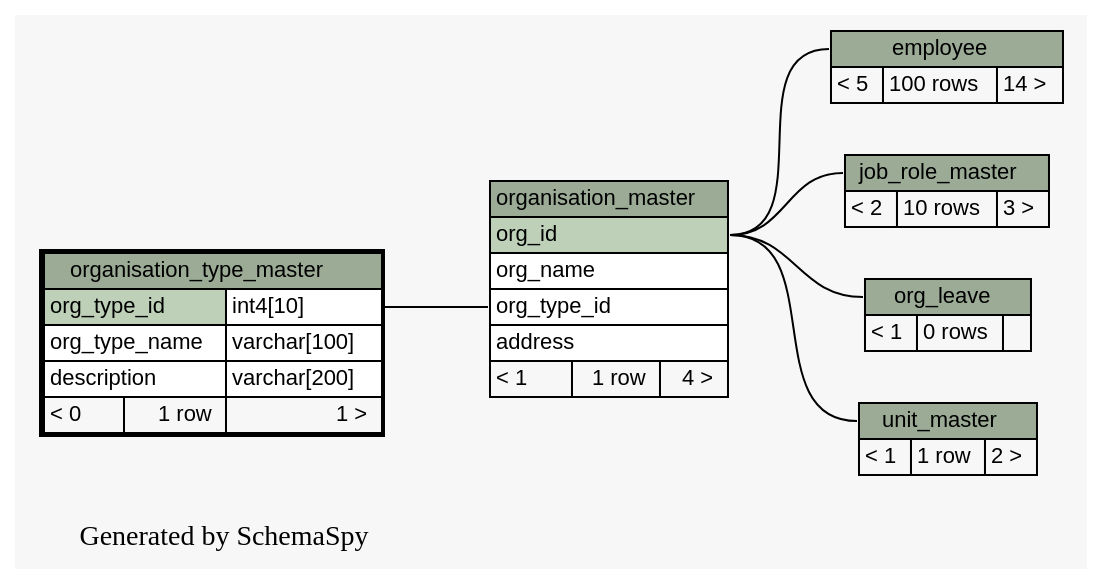
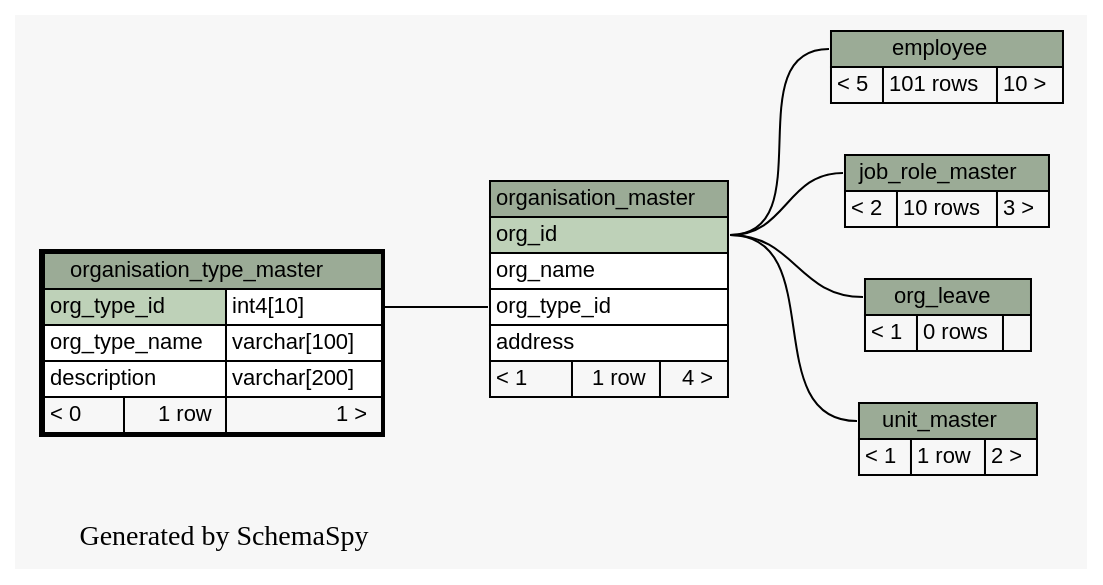
One commit to engineerscraft/hrms changed the diagram in docs/database/schemaspy/graphs/organisation_type_master.2degrees.dot. Above: the diagram before and after it, drawn with Graphviz. The commit also changed 190 other files, not shown here.

```diff
--- a/docs/database/schemaspy/graphs/organisation_type_master.2degrees.dot
+++ b/docs/database/schemaspy/graphs/organisation_type_master.2degrees.dot
@@ -1,83 +1,83 @@
-// dot 2.38.0 on Windows 8.1 6.3
+// dot 2.38.0 on Windows 7 6.1
 digraph "twoDegreesRelationshipsGraph" {
   graph [
     rankdir="RL"
     bgcolor="#f7f7f7"
     label="\nGenerated by SchemaSpy"
     labeljust="l"
   ];
   node [
     fontname="Helvetica"
     fontsize="11"
     shape="plaintext"
   ];
   edge [
     arrowsize="0.8"
   ];
   "employee":"employee.heading":w -> "organisation_master":"org_id":e [arrowtail=crowodot arrowhead=none];
   "job_role_master":"job_role_master.heading":w -> "organisation_master":"org_id":e [arrowtail=crowtee arrowhead=none];
   "org_leave":"org_leave.heading":w -> "organisation_master":"org_id":e [arrowtail=crowodot arrowhead=none];
   "organisation_master":"org_type_id":w -> "organisation_type_master":"org_type_id.type":e [arrowtail=crowodot arrowhead=none];
   "unit_master":"unit_master.heading":w -> "organisation_master":"org_id":e [arrowtail=crowodot arrowhead=none];
   "employee" [
     label=<
     <TABLE BORDER="0" CELLBORDER="1" CELLSPACING="0" BGCOLOR="#ffffff">
       <TR><TD PORT="employee.heading" COLSPAN="3" BGCOLOR="#9bab96" ALIGN="CENTER">employee</TD></TR>
-      <TR><TD ALIGN="LEFT" BGCOLOR="#f7f7f7">&lt; 5</TD><TD ALIGN="RIGHT" BGCOLOR="#f7f7f7">100 rows</TD><TD ALIGN="RIGHT" BGCOLOR="#f7f7f7">14 &gt;</TD></TR>
+      <TR><TD ALIGN="LEFT" BGCOLOR="#f7f7f7">&lt; 5</TD><TD ALIGN="RIGHT" BGCOLOR="#f7f7f7">101 rows</TD><TD ALIGN="RIGHT" BGCOLOR="#f7f7f7">10 &gt;</TD></TR>
     </TABLE>>
     URL="employee.html#graph"
     tooltip="employee"
   ];
   "job_role_master" [
     label=<
     <TABLE BORDER="0" CELLBORDER="1" CELLSPACING="0" BGCOLOR="#ffffff">
       <TR><TD PORT="job_role_master.heading" COLSPAN="3" BGCOLOR="#9bab96" ALIGN="CENTER">job_role_master</TD></TR>
       <TR><TD ALIGN="LEFT" BGCOLOR="#f7f7f7">&lt; 2</TD><TD ALIGN="RIGHT" BGCOLOR="#f7f7f7">10 rows</TD><TD ALIGN="RIGHT" BGCOLOR="#f7f7f7">3 &gt;</TD></TR>
     </TABLE>>
     URL="job_role_master.html#graph"
     tooltip="job_role_master"
   ];
   "org_leave" [
     label=<
     <TABLE BORDER="0" CELLBORDER="1" CELLSPACING="0" BGCOLOR="#ffffff">
       <TR><TD PORT="org_leave.heading" COLSPAN="3" BGCOLOR="#9bab96" ALIGN="CENTER">org_leave</TD></TR>
       <TR><TD ALIGN="LEFT" BGCOLOR="#f7f7f7">&lt; 1</TD><TD ALIGN="RIGHT" BGCOLOR="#f7f7f7">0 rows</TD><TD ALIGN="RIGHT" BGCOLOR="#f7f7f7">  </TD></TR>
     </TABLE>>
     URL="org_leave.html#graph"
     tooltip="org_leave"
   ];
   "organisation_master" [
     label=<
     <TABLE BORDER="0" CELLBORDER="1" CELLSPACING="0" BGCOLOR="#ffffff">
       <TR><TD PORT="organisation_master.heading" COLSPAN="3" BGCOLOR="#9bab96" ALIGN="CENTER">organisation_master</TD></TR>
       <TR><TD PORT="org_id" COLSPAN="3" BGCOLOR="#bed1b8" ALIGN="LEFT">org_id</TD></TR>
       <TR><TD PORT="org_name" COLSPAN="3" ALIGN="LEFT">org_name</TD></TR>
       <TR><TD PORT="org_type_id" COLSPAN="3" ALIGN="LEFT">org_type_id</TD></TR>
       <TR><TD PORT="address" COLSPAN="3" ALIGN="LEFT">address</TD></TR>
       <TR><TD ALIGN="LEFT" BGCOLOR="#f7f7f7">&lt; 1</TD><TD ALIGN="RIGHT" BGCOLOR="#f7f7f7">1 row</TD><TD ALIGN="RIGHT" BGCOLOR="#f7f7f7">4 &gt;</TD></TR>
     </TABLE>>
     URL="organisation_master.html#graph"
     tooltip="organisation_master"
   ];
   "organisation_type_master" [
     label=<
     <TABLE BORDER="2" CELLBORDER="1" CELLSPACING="0" BGCOLOR="#ffffff">
       <TR><TD PORT="organisation_type_master.heading" COLSPAN="3" BGCOLOR="#9bab96" ALIGN="CENTER">organisation_type_master</TD></TR>
       <TR><TD PORT="org_type_id" COLSPAN="2" BGCOLOR="#bed1b8" ALIGN="LEFT">org_type_id</TD><TD PORT="org_type_id.type" ALIGN="LEFT">int4[10]</TD></TR>
       <TR><TD PORT="org_type_name" COLSPAN="2" ALIGN="LEFT">org_type_name</TD><TD PORT="org_type_name.type" ALIGN="LEFT">varchar[100]</TD></TR>
       <TR><TD PORT="description" COLSPAN="2" ALIGN="LEFT">description</TD><TD PORT="description.type" ALIGN="LEFT">varchar[200]</TD></TR>
       <TR><TD ALIGN="LEFT" BGCOLOR="#f7f7f7">&lt; 0</TD><TD ALIGN="RIGHT" BGCOLOR="#f7f7f7">1 row</TD><TD ALIGN="RIGHT" BGCOLOR="#f7f7f7">1 &gt;</TD></TR>
     </TABLE>>
     URL="organisation_type_master.html#"
     tooltip="organisation_type_master"
   ];
   "unit_master" [
     label=<
     <TABLE BORDER="0" CELLBORDER="1" CELLSPACING="0" BGCOLOR="#ffffff">
       <TR><TD PORT="unit_master.heading" COLSPAN="3" BGCOLOR="#9bab96" ALIGN="CENTER">unit_master</TD></TR>
       <TR><TD ALIGN="LEFT" BGCOLOR="#f7f7f7">&lt; 1</TD><TD ALIGN="RIGHT" BGCOLOR="#f7f7f7">1 row</TD><TD ALIGN="RIGHT" BGCOLOR="#f7f7f7">2 &gt;</TD></TR>
     </TABLE>>
     URL="unit_master.html#graph"
     tooltip="unit_master"
   ];
 }
```
